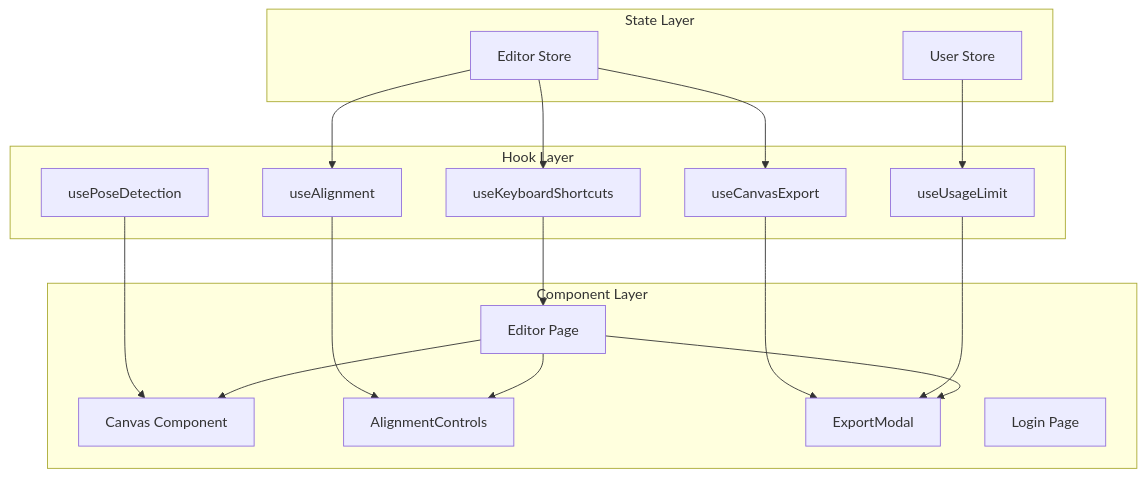
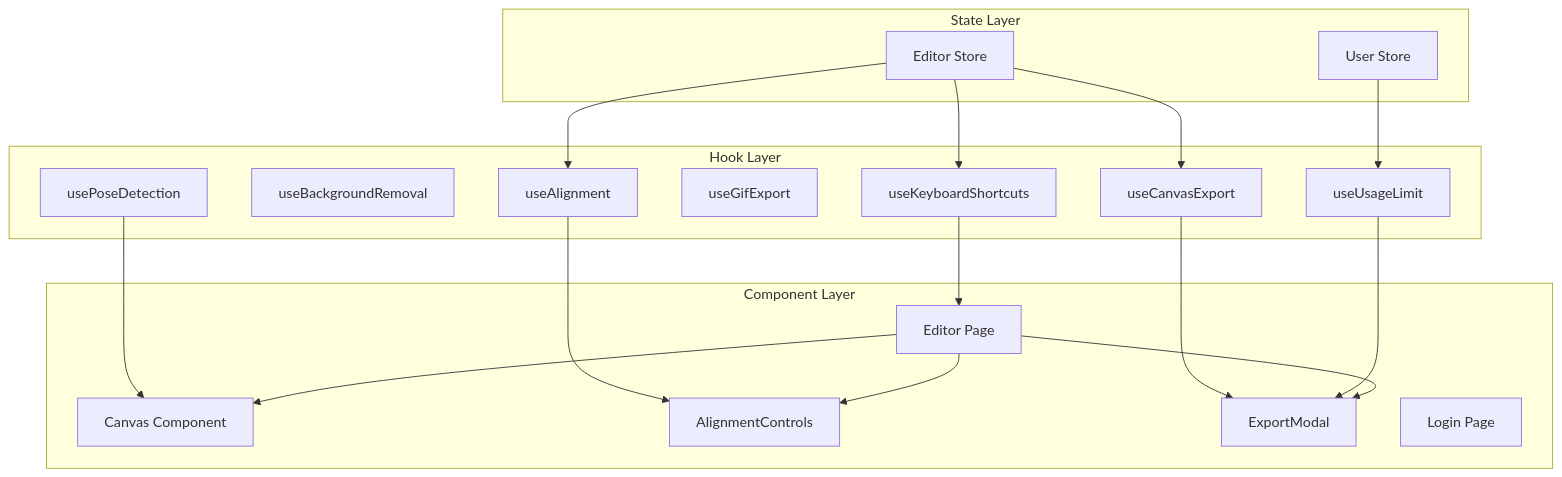
One commit to rickydwilson-dcs/poseproof changed the first of 7 diagrams in docs/development/state-hooks.md. Above: the diagram before and after it, drawn with Mermaid. The commit also changed other lines of this file and 37 other files, not shown here.

````diff
--- a/docs/development/state-hooks.md
+++ b/docs/development/state-hooks.md
@@ -36,38 +38,40 @@
 ```mermaid
 graph TB
     subgraph "State Layer"
         ES[Editor Store]
         US[User Store]
     end
 
     subgraph "Hook Layer"
         UA[useAlignment]
+        UBR[useBackgroundRemoval]
         UCE[useCanvasExport]
+        UGE[useGifExport]
         UKS[useKeyboardShortcuts]
         UPD[usePoseDetection]
         UUL[useUsageLimit]
     end
 
     subgraph "Component Layer"
         Editor[Editor Page]
         Canvas[Canvas Component]
         Controls[AlignmentControls]
         Export[ExportModal]
         Login[Login Page]
     end
 
     ES --> UA
     ES --> UCE
     ES --> UKS
     US --> UUL
 
     UA --> Controls
     UCE --> Export
     UKS --> Editor
     UPD --> Canvas
     UUL --> Export
 
     Editor --> Canvas
     Editor --> Controls
     Editor --> Export
 ```
````
